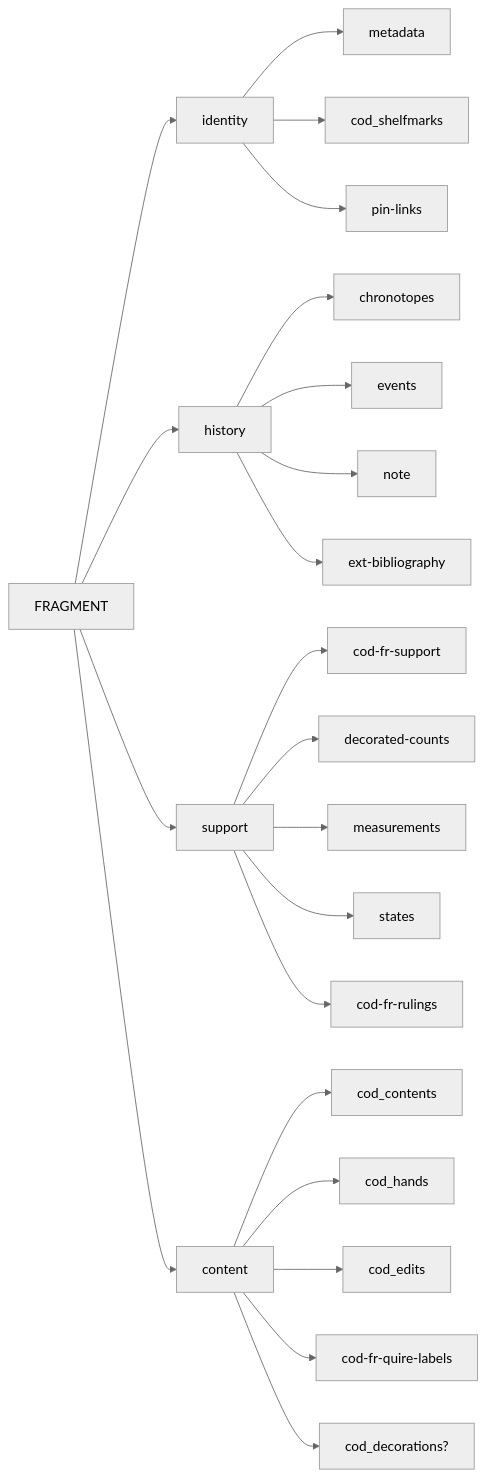
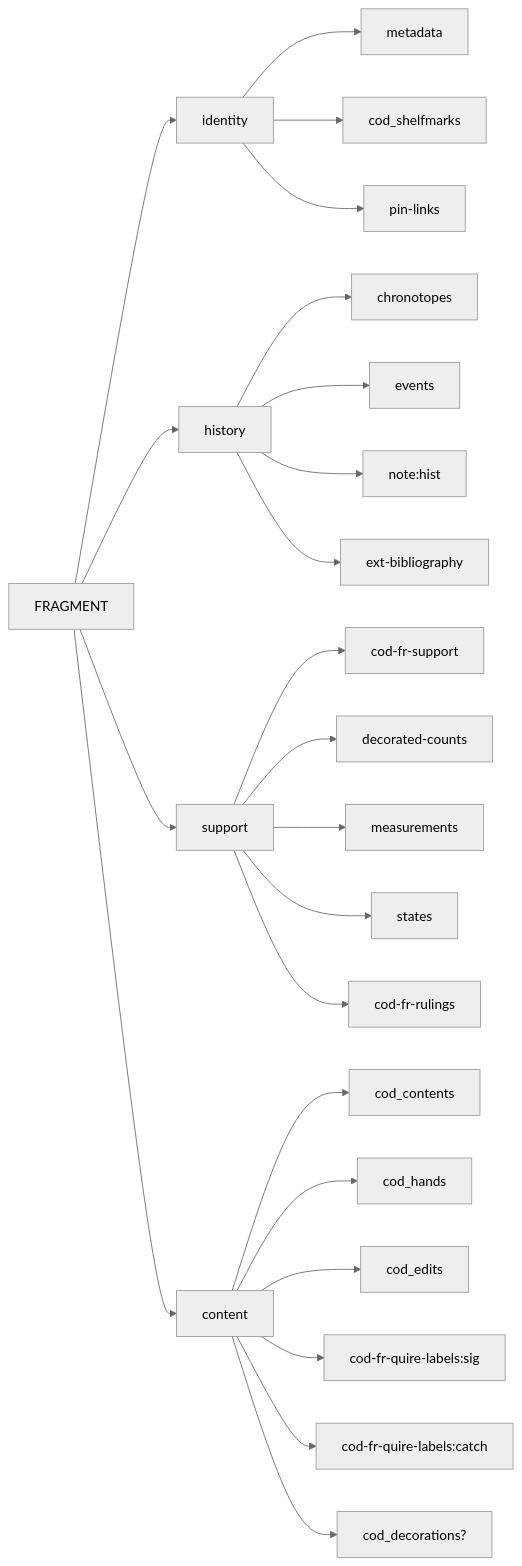
The first of 2 diagrams in README.md (vedph/cadmus-ndp-frac), drawn with Mermaid (neutral theme) before and after one commit. The commit also changed other lines of this file, not shown here.

````diff
--- a/README.md
+++ b/README.md
@@ -14,24 +14,25 @@
 ```mermaid
 graph LR;
 FRAGMENT --> identity
 identity --> metadata
 identity --> cod_shelfmarks
 identity --> pin-links
 FRAGMENT --> history
 history --> chronotopes
 history --> events
-history --> note
+history --> note:hist
 history --> ext-bibliography
 FRAGMENT --> support
 support --> cod-fr-support
 support --> decorated-counts
 support --> measurements
 support --> states
 support --> cod-fr-rulings
 FRAGMENT --> content
 content --> cod_contents
 content --> cod_hands
 content --> cod_edits
-content --> cod-fr-quire-labels
+content --> cod-fr-quire-labels:sig
+content --> cod-fr-quire-labels:catch
 content --> cod_decorations?
 ```
````
